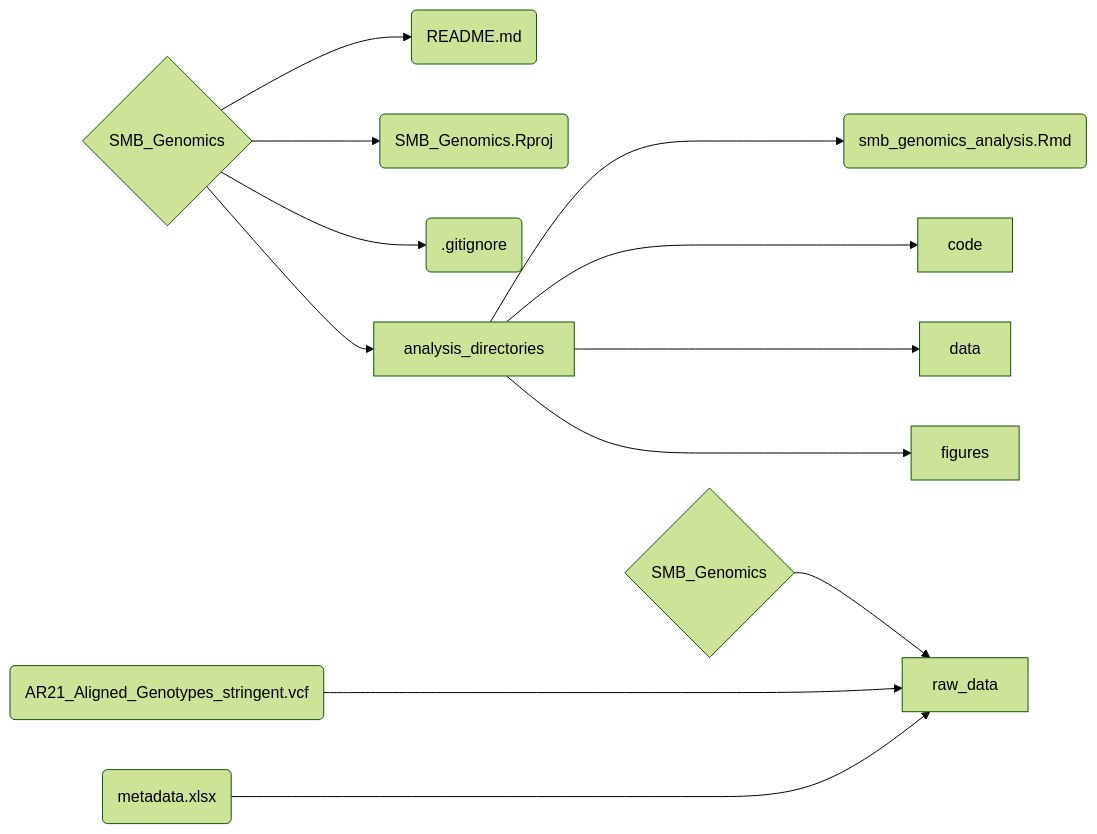
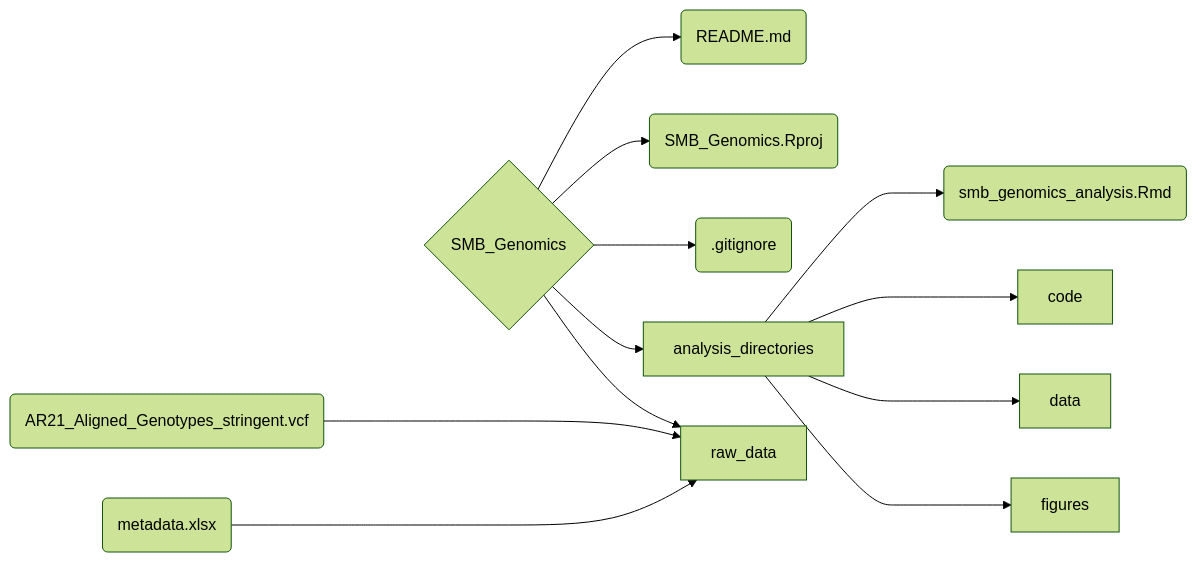
Before and after one commit to jcg5g9/SMB_Genomics: the third of 3 diagrams in README.md, drawn with Mermaid (forest theme). The commit also changed other lines of this file, not shown here.

Commit message:
Fixed other mermaid issues

````diff
--- a/README.md
+++ b/README.md
@@ -88,14 +88,14 @@
 ```mermaid
 flowchart LR
   A{SMB_Genomics} --> B(README.md)
   A{SMB_Genomics} --> C(SMB_Genomics.Rproj)
   A{SMB_Genomics} --> D(.gitignore)
   A{SMB_Genomics} --> E[analysis_directories]
   E[analysis_directories] ---> F(smb_genomics_analysis.Rmd)
   E[analysis_directories] ---> G[code]
   E[analysis_directories] ---> H[data]
   E[analysis_directories] ---> I[figures]
-  J{SMB_Genomics} --> K[raw_data]
-  L(AR21_Aligned_Genotypes_stringent.vcf) ----> K[raw_data]
-  M(metadata.xlsx) ----> K[raw_data]
+  A{SMB_Genomics} --> J[raw_data]
+  K(AR21_Aligned_Genotypes_stringent.vcf) ----> J[raw_data]
+  L(metadata.xlsx) ----> J[raw_data]
 ```
````
